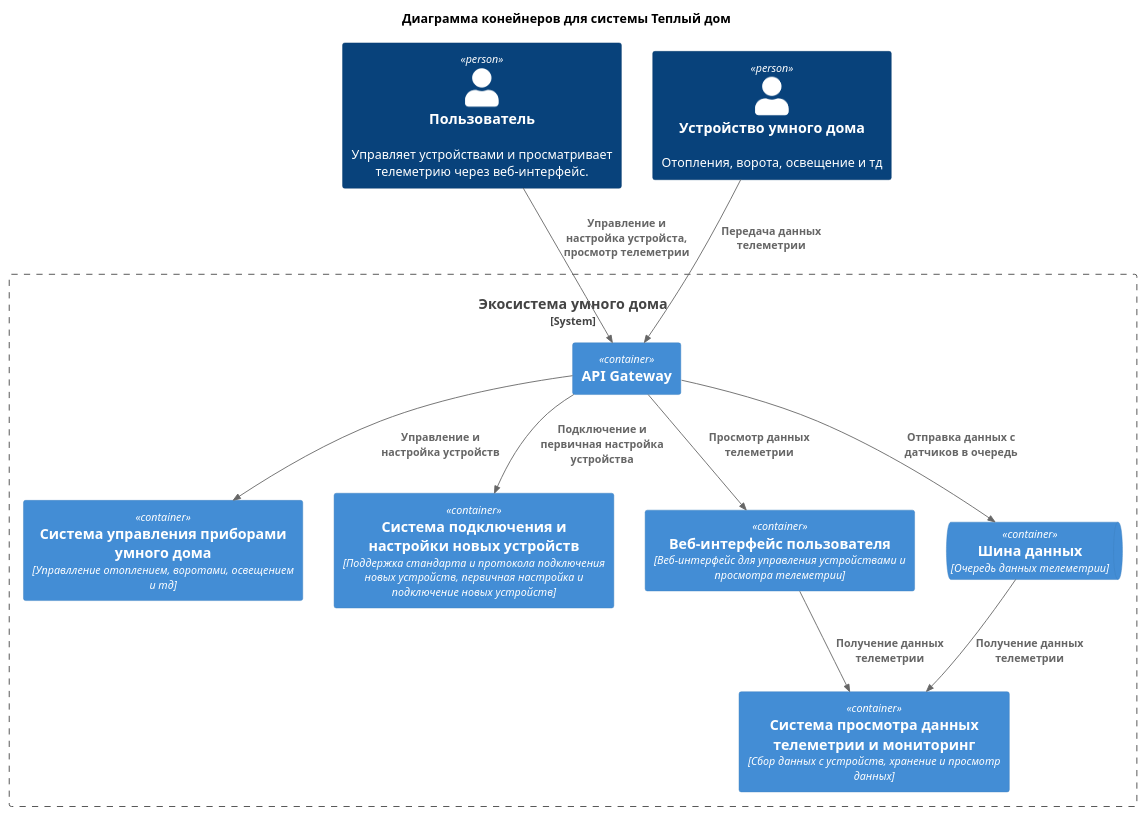
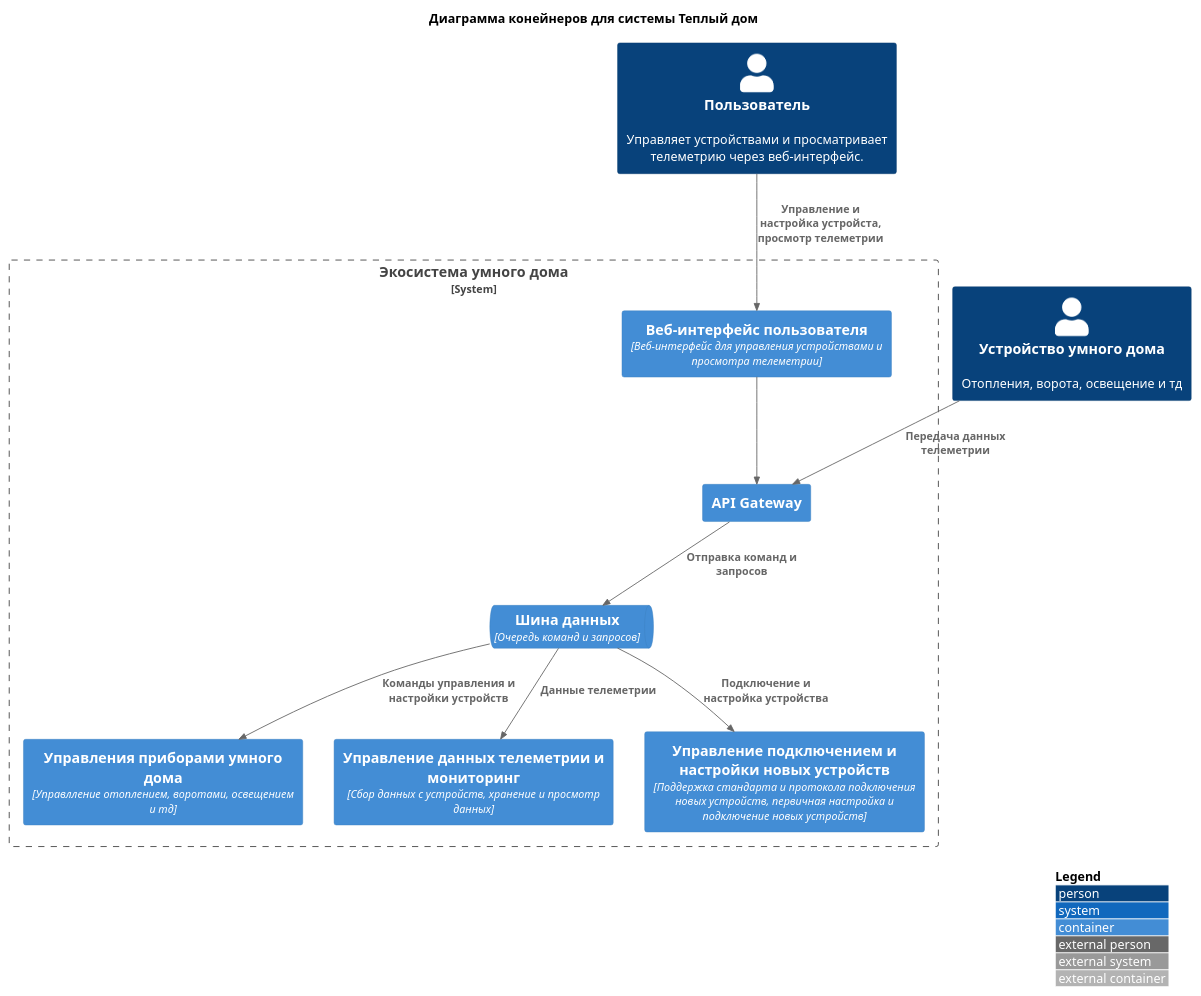
The diagram in diagrams/ms-container.puml (sadam-agashirinov/architecture-sprint-3), drawn with PlantUML before and after one commit. The commit also changed 1 other file, not shown here.

Commit message:
feat: Задание 2. Проектирование микросервисной архитектуры: диаграмма контейнеров.

```diff
--- a/diagrams/ms-container.puml
+++ b/diagrams/ms-container.puml
@@ -1,30 +1,29 @@
 @startuml ms-container
 !include https://raw.githubusercontent.com/plantuml-stdlib/C4-PlantUML/master/C4_Container.puml
 
 skinparam wrapWidth 300
-
+LAYOUT_WITH_LEGEND()
 
 title Диаграмма конейнеров для системы Теплый дом
 
 Person(user, "Пользователь", "Управляет устройствами и просматривает телеметрию через веб-интерфейс.")
 Person(device, "Устройство умного дома", "Отопления, ворота, освещение и тд")
 
 System_Boundary(ecosystem, "Экосистема умного дома") {
-    Container(device_management, "Система управления приборами умного дома", "Управлление отоплением, воротами, освещением и тд")
-    Container(monitoring_telemetry, "Система просмотра данных телеметрии и мониторинг", "Сбор данных с устройств, хранение и просмотр данных")
-    Container(parner_integration, "Система подключения и настройки новых устройств", "Поддержка стандарта и протокола подключения новых устройств, первичная настройка и подключение новых устройств")
+    Container(device_management, "Управления приборами умного дома", "Управлление отоплением, воротами, освещением и тд")
+    Container(monitoring_telemetry, "Управление данных телеметрии и мониторинг", "Сбор данных с устройств, хранение и просмотр данных")
+    Container(parner_integration, "Управление подключением и настройки новых устройств", "Поддержка стандарта и протокола подключения новых устройств, первичная настройка и подключение новых устройств")
     Container(user_interface, "Веб-интерфейс пользователя", "Веб-интерфейс для управления устройствами и просмотра телеметрии")
     Container(api_gateway, "API Gateway")
-    ContainerQueue(kafka, "Шина данных", "Очередь данных телеметрии")
+    ContainerQueue(kafka, "Шина данных", "Очередь команд и запросов")
 }
 
-Rel(user, api_gateway, "Управление и настройка устройста, просмотр телеметрии")
+Rel(user, user_interface, "Управление и настройка устройста, просмотр телеметрии")
+Rel(user_interface, api_gateway, "")
 Rel(device, api_gateway, "Передача данных телеметрии")
-Rel(api_gateway, kafka, "Отправка данных с датчиков в очередь")
-Rel(kafka, monitoring_telemetry, "Получение данных телеметрии")
-Rel(api_gateway, device_management, "Управление и настройка устройств")
-Rel(api_gateway, user_interface, "Просмотр данных телеметрии")
-Rel(api_gateway, parner_integration, "Подключение и первичная настройка устройства")
-Rel(user_interface, monitoring_telemetry, "Получение данных телеметрии")
+Rel(api_gateway, kafka, "Отправка команд и запросов")
+Rel(kafka, monitoring_telemetry, "Данные телеметрии")
+Rel(kafka, device_management, "Команды управления и настройки устройств")
+Rel(kafka, parner_integration, "Подключение и настройка устройства")
 
 @enduml
```
